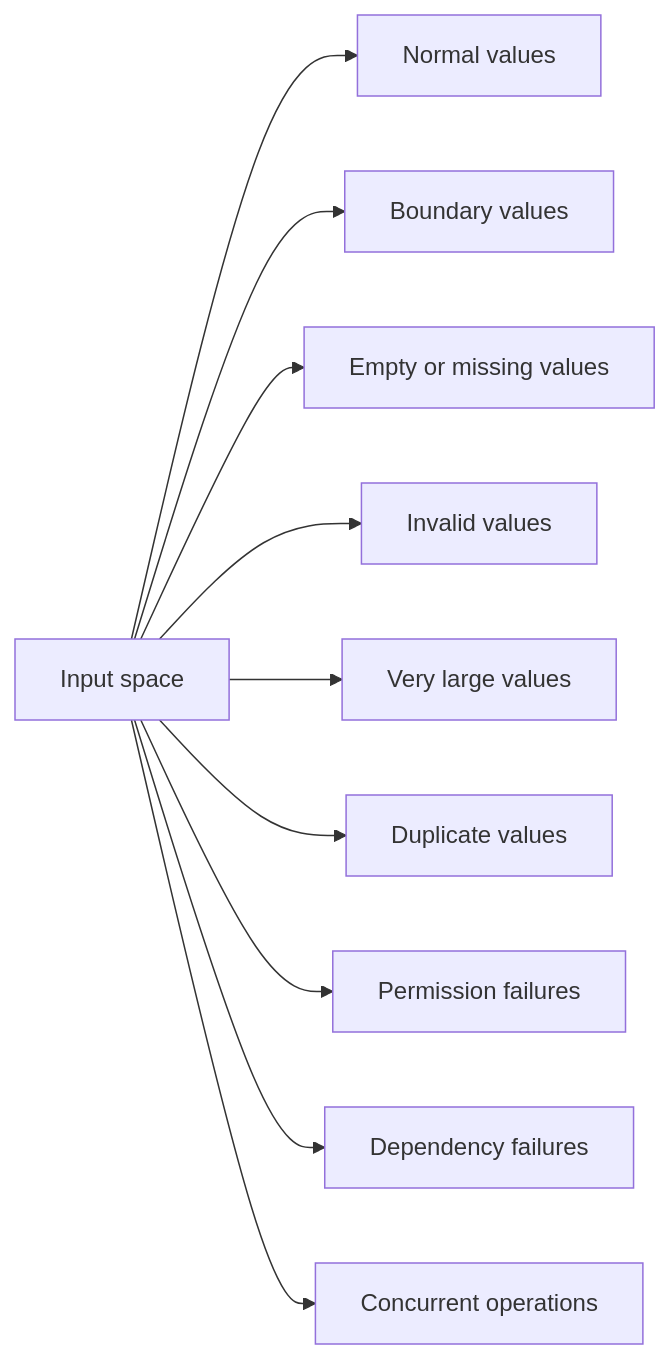
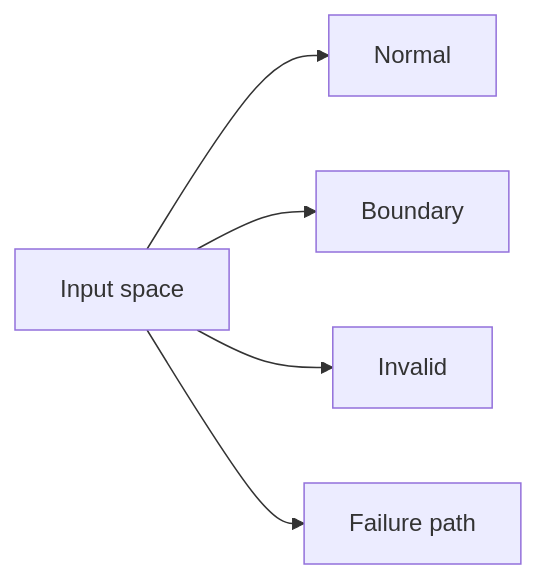
Before and after one commit to AvadhBhalodiya/Interview-Preparation: the fourth of 7 diagrams in src/content/testing/test-coverage-good-tests.md, drawn with Mermaid. The commit also changed other lines of this file and 54 other files, not shown here.

````diff
--- a/src/content/testing/test-coverage-good-tests.md
+++ b/src/content/testing/test-coverage-good-tests.md
@@ -723,23 +356,7 @@
 ```mermaid
 flowchart LR
-    IN[Input space]
-    NORMAL[Normal values]
-    BOUND[Boundary values]
-    EMPTY[Empty or missing values]
-    INVALID[Invalid values]
-    LARGE[Very large values]
-    DUP[Duplicate values]
-    PERM[Permission failures]
-    DEP[Dependency failures]
-    CONC[Concurrent operations]
-
-    IN --> NORMAL
-    IN --> BOUND
-    IN --> EMPTY
-    IN --> INVALID
-    IN --> LARGE
-    IN --> DUP
-    IN --> PERM
-    IN --> DEP
-    IN --> CONC
+    INPUT[Input space] --> NORMAL[Normal]
+    INPUT --> BOUNDARY[Boundary]
+    INPUT --> INVALID[Invalid]
+    INPUT --> FAILURE[Failure path]
 ```
````
